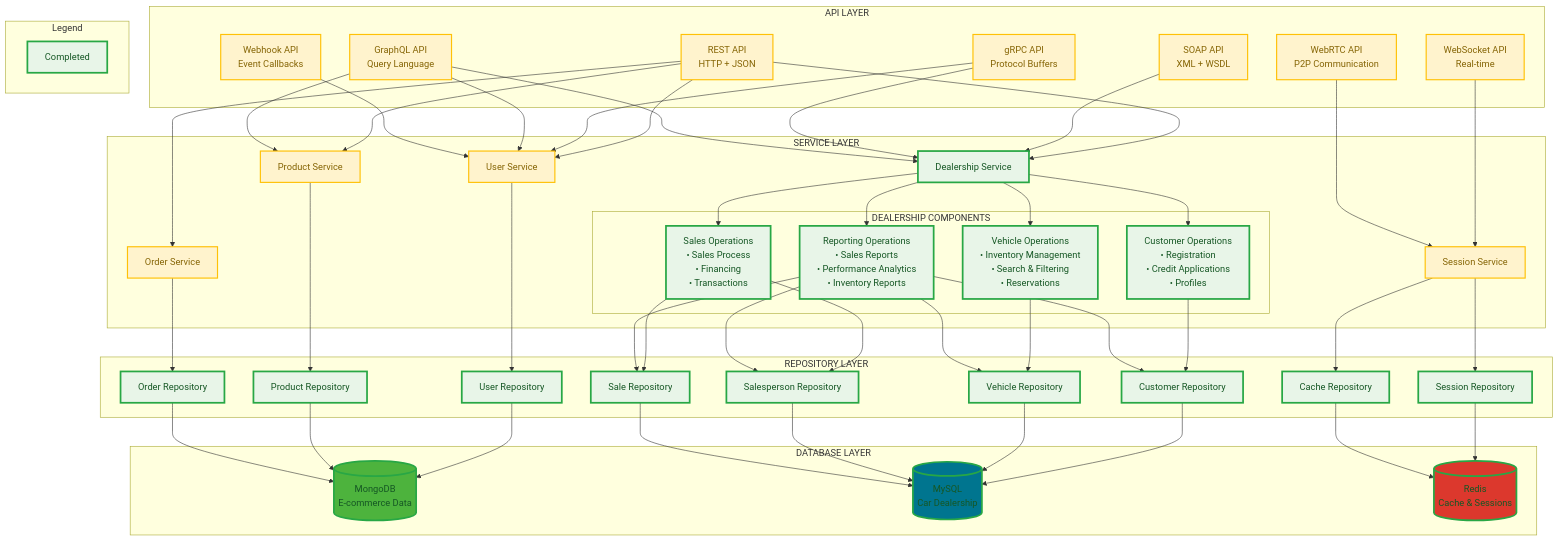
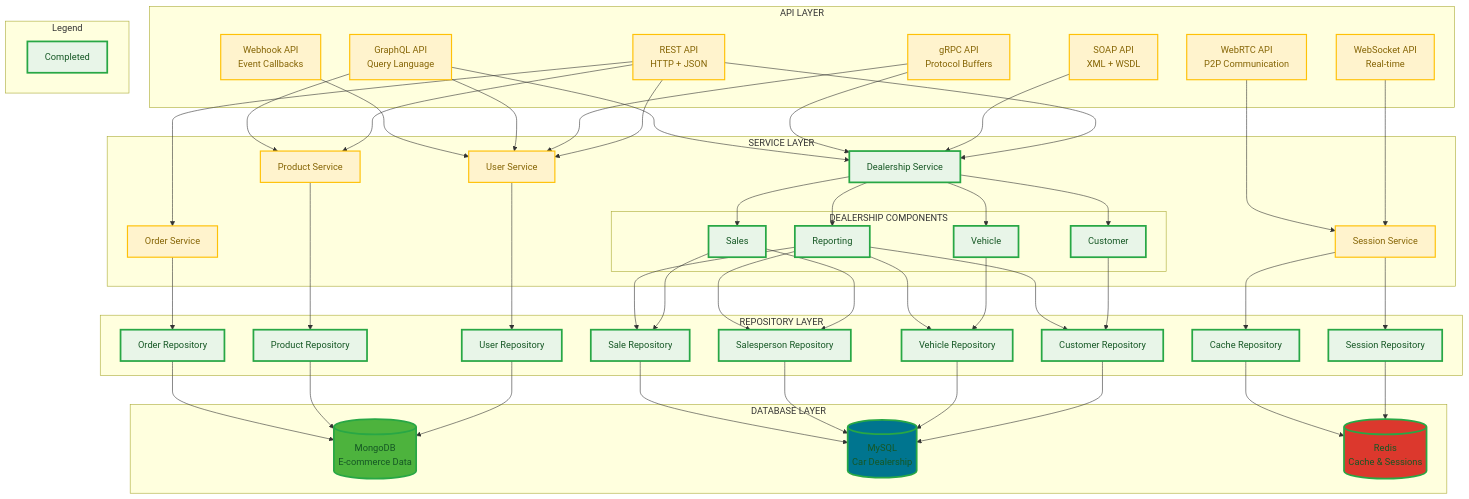
One commit to mckriel/api-server changed the diagram in README.md. Above: the diagram before and after it, drawn with Mermaid.

Commit message:
updated diagram again

```diff
--- a/README.md
+++ b/README.md
@@ -36,10 +36,10 @@
         DealershipSvc[Dealership Service]
         
         subgraph DEALERSHIP ["DEALERSHIP COMPONENTS"]
-            CustomerOps[Customer Operations<br/>• Registration<br/>• Credit Applications<br/>• Profiles]
-            VehicleOps[Vehicle Operations<br/>• Inventory Management<br/>• Search & Filtering<br/>• Reservations]
-            SalesOps[Sales Operations<br/>• Sales Process<br/>• Financing<br/>• Transactions]
-            ReportOps[Reporting Operations<br/>• Sales Reports<br/>• Performance Analytics<br/>• Inventory Reports]
+            CustomerOps[Customer]
+            VehicleOps[Vehicle]
+            SalesOps[Sales]
+            ReportOps[Reporting]
         end
     end
 
```
